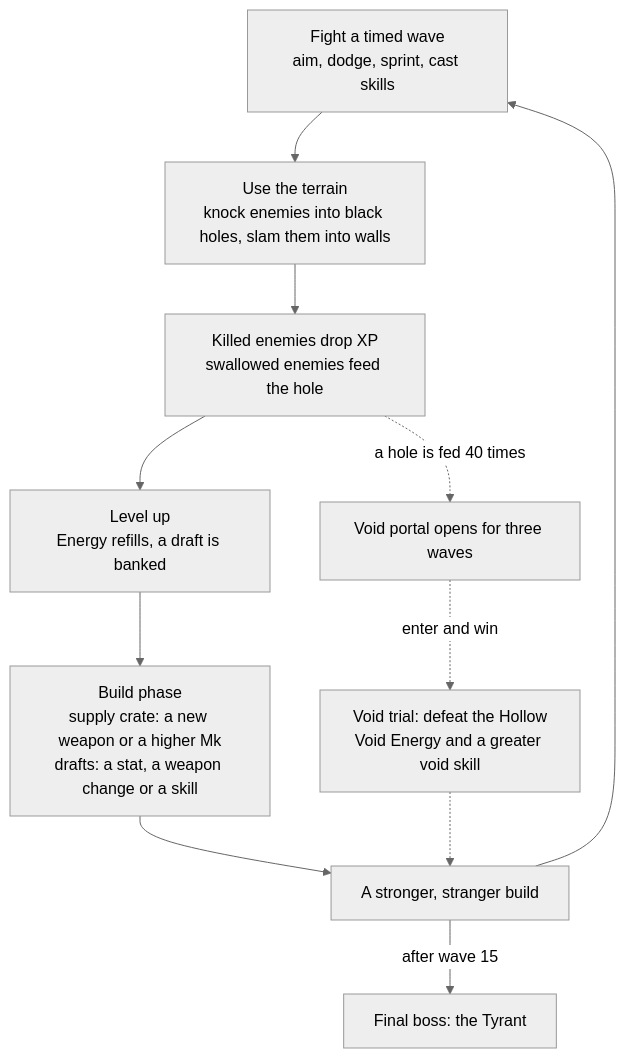
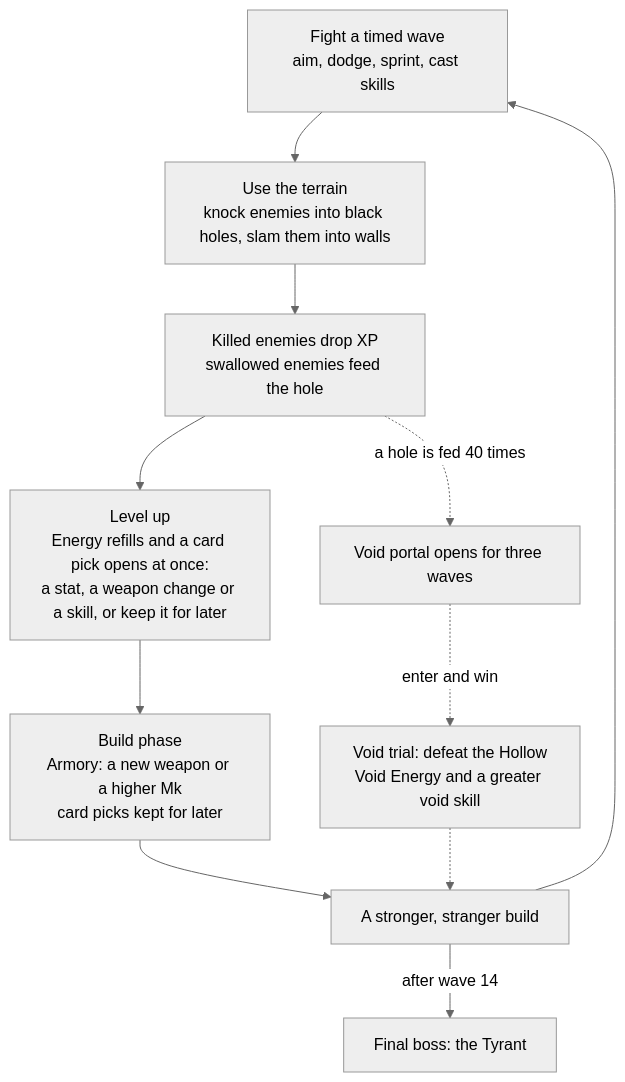
Before and after one commit to CS526-Team-Code69/warp-arena-game: the diagram in Docs/GDD.md, drawn with Mermaid (neutral theme). The commit also changed other lines of this file and 1 other file, not shown here.

````diff
--- a/Docs/GDD.md
+++ b/Docs/GDD.md
@@ -45,13 +35,13 @@
 ```mermaid
 flowchart TD
     Fight["Fight a timed wave<br/>aim, dodge, sprint, cast skills"] --> Terrain["Use the terrain<br/>knock enemies into black holes, slam them into walls"]
     Terrain --> Rewards["Killed enemies drop XP<br/>swallowed enemies feed the hole"]
-    Rewards --> Level["Level up<br/>Energy refills, a draft is banked"]
-    Level --> Build["Build phase<br/>supply crate: a new weapon or a higher Mk<br/>drafts: a stat, a weapon change or a skill"]
+    Rewards --> Level["Level up<br/>Energy refills and a card pick opens at once:<br/>a stat, a weapon change or a skill, or keep it for later"]
+    Level --> Build["Build phase<br/>Armory: a new weapon or a higher Mk<br/>card picks kept for later"]
     Build --> Stronger["A stronger, stranger build"]
     Stronger --> Fight
     Rewards -. "a hole is fed 40 times" .-> Portal["Void portal opens for three waves"]
     Portal -. "enter and win" .-> Trial["Void trial: defeat the Hollow<br/>Void Energy and a greater void skill"]
     Trial -.-> Stronger
-    Stronger -- "after wave 15" --> Boss["Final boss: the Tyrant"]
+    Stronger -- "after wave 14" --> Boss["Final boss: the Tyrant"]
 ```
````
